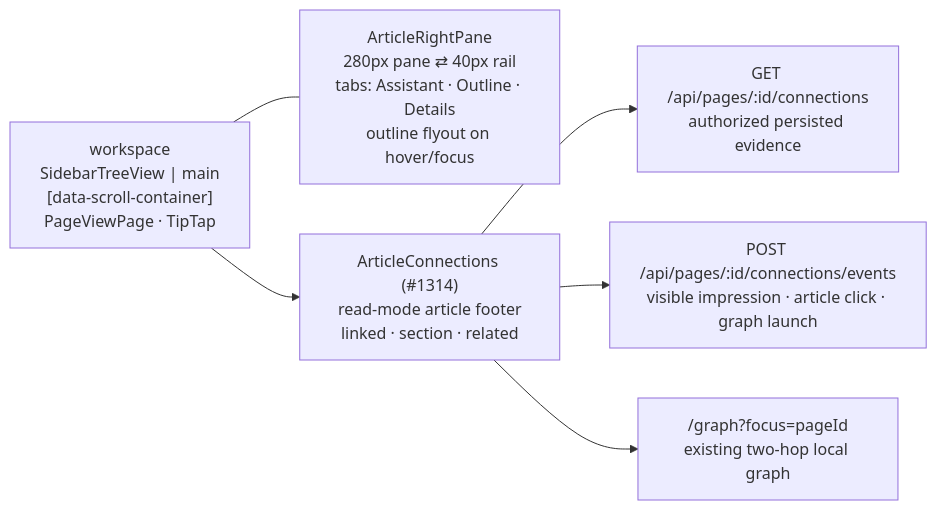
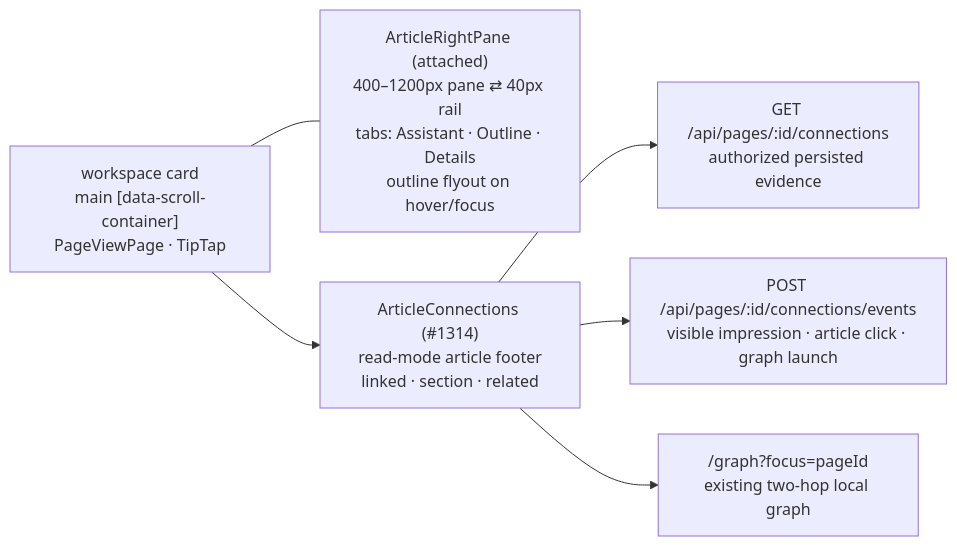
Before and after one commit to Compendiq/compendiq-ce: the third of 9 diagrams in docs/architecture/04-frontend-structure.md, drawn with Mermaid. The commit also changed other lines of this file and 22 other files, not shown here.

First line of the commit message:
feat(frontend): header destinations, tree on the chassis, lifted workspace card

````diff
--- a/docs/architecture/04-frontend-structure.md
+++ b/docs/architecture/04-frontend-structure.md
@@ -98,11 +104,11 @@
 ```mermaid
 flowchart LR
-    workspace["workspace<br/>SidebarTreeView | main<br/>[data-scroll-container]<br/>PageViewPage · TipTap"]
-    rail["ArticleRightPane<br/>280px pane ⇄ 40px rail<br/>tabs: Assistant · Outline · Details<br/>outline flyout on hover/focus"]
+    workspace["workspace card<br/>main [data-scroll-container]<br/>PageViewPage · TipTap"]
+    rail["ArticleRightPane (attached)<br/>400–1200px pane ⇄ 40px rail<br/>tabs: Assistant · Outline · Details<br/>outline flyout on hover/focus"]
 
     workspace --- rail
     workspace --> connections["ArticleConnections (#1314)<br/>read-mode article footer<br/>linked · section · related"]
     connections --> connectionAPI["GET /api/pages/:id/connections<br/>authorized persisted evidence"]
     connections --> connectionEvents["POST /api/pages/:id/connections/events<br/>visible impression · article click · graph launch"]
     connections --> focusedGraph["/graph?focus=pageId<br/>existing two-hop local graph"]
 ```
````
